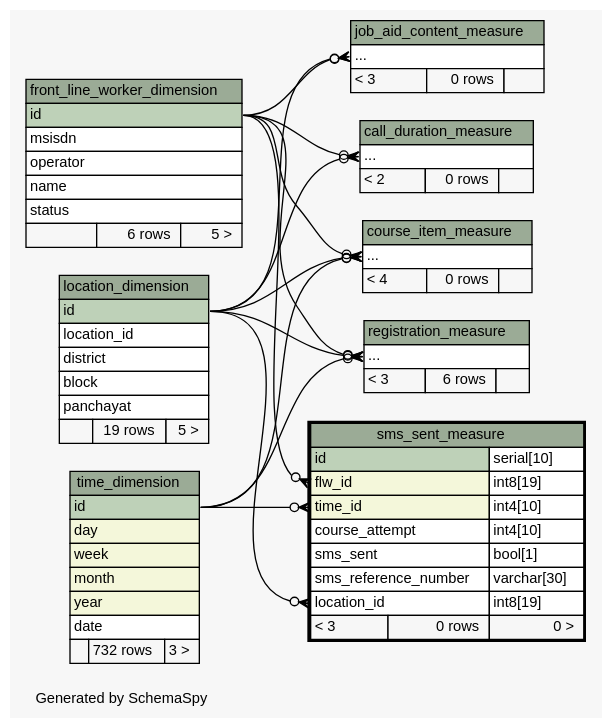
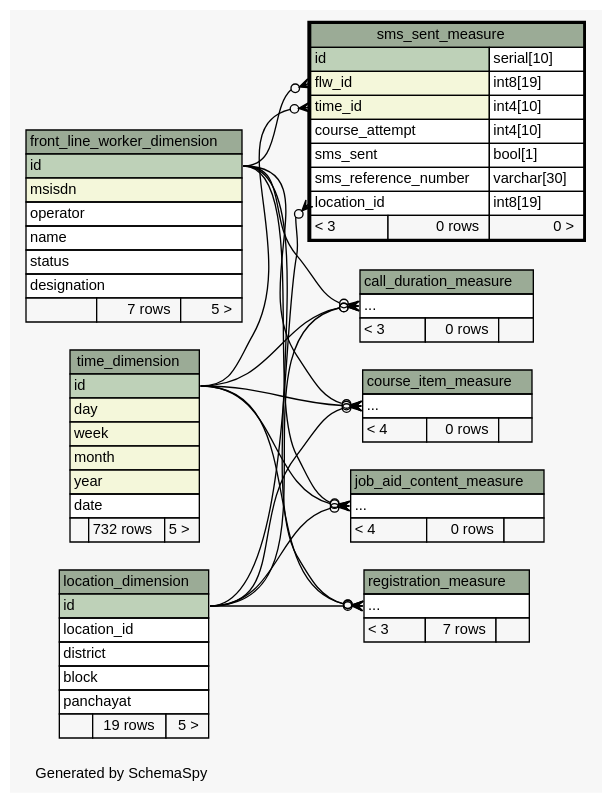
Before and after one commit to motech/ananya: the diagram in ananya-report/build/schemaspy-output/diagrams/sms_sent_measure.2degrees.dot, drawn with Graphviz. The commit also changed 73 other files, not shown here.

Commit message:
vijay|#00|updated schemaspy output

```diff
--- a/ananya-report/build/schemaspy-output/diagrams/sms_sent_measure.2degrees.dot
+++ b/ananya-report/build/schemaspy-output/diagrams/sms_sent_measure.2degrees.dot
@@ -1,134 +1,137 @@
-// dot 2.28.0 on Mac OS X 10.7.3
+// dot 2.26.3 on Linux 2.6.38-11-generic-pae
 // SchemaSpy rev 590
 digraph "twoDegreesRelationshipsDiagram" {
   graph [
     rankdir="RL"
     bgcolor="#f7f7f7"
     label="\nGenerated by SchemaSpy"
     labeljust="l"
     nodesep="0.18"
     ranksep="0.46"
     fontname="Helvetica"
     fontsize="11"
   ];
   node [
     fontname="Helvetica"
     fontsize="11"
     shape="plaintext"
   ];
   edge [
     arrowsize="0.8"
   ];
   "call_duration_measure":"elipses":w -> "front_line_worker_dimension":"id":e [arrowhead=none dir=back arrowtail=crowodot];
   "call_duration_measure":"elipses":w -> "location_dimension":"id":e [arrowhead=none dir=back arrowtail=crowodot];
+  "call_duration_measure":"elipses":w -> "time_dimension":"id":e [arrowhead=none dir=back arrowtail=crowodot];
   "course_item_measure":"elipses":w -> "front_line_worker_dimension":"id":e [arrowhead=none dir=back arrowtail=crowodot];
   "course_item_measure":"elipses":w -> "location_dimension":"id":e [arrowhead=none dir=back arrowtail=crowodot];
   "course_item_measure":"elipses":w -> "time_dimension":"id":e [arrowhead=none dir=back arrowtail=crowodot];
   "job_aid_content_measure":"elipses":w -> "front_line_worker_dimension":"id":e [arrowhead=none dir=back arrowtail=crowodot];
   "job_aid_content_measure":"elipses":w -> "location_dimension":"id":e [arrowhead=none dir=back arrowtail=crowodot];
+  "job_aid_content_measure":"elipses":w -> "time_dimension":"id":e [arrowhead=none dir=back arrowtail=crowodot];
   "registration_measure":"elipses":w -> "front_line_worker_dimension":"id":e [arrowhead=none dir=back arrowtail=crowodot];
   "registration_measure":"elipses":w -> "location_dimension":"id":e [arrowhead=none dir=back arrowtail=crowodot];
   "registration_measure":"elipses":w -> "time_dimension":"id":e [arrowhead=none dir=back arrowtail=crowodot];
   "sms_sent_measure":"flw_id":w -> "front_line_worker_dimension":"id":e [arrowhead=none dir=back arrowtail=crowodot];
   "sms_sent_measure":"location_id":w -> "location_dimension":"id":e [arrowhead=none dir=back arrowtail=crowodot];
   "sms_sent_measure":"time_id":w -> "time_dimension":"id":e [arrowhead=none dir=back arrowtail=crowodot];
   "call_duration_measure" [
     label=<
     <TABLE BORDER="0" CELLBORDER="1" CELLSPACING="0" BGCOLOR="#ffffff">
       <TR><TD COLSPAN="3" BGCOLOR="#9bab96" ALIGN="CENTER">call_duration_measure</TD></TR>
       <TR><TD PORT="elipses" COLSPAN="3" ALIGN="LEFT">...</TD></TR>
-      <TR><TD ALIGN="LEFT" BGCOLOR="#f7f7f7">&lt; 2</TD><TD ALIGN="RIGHT" BGCOLOR="#f7f7f7">0 rows</TD><TD ALIGN="RIGHT" BGCOLOR="#f7f7f7">  </TD></TR>
+      <TR><TD ALIGN="LEFT" BGCOLOR="#f7f7f7">&lt; 3</TD><TD ALIGN="RIGHT" BGCOLOR="#f7f7f7">0 rows</TD><TD ALIGN="RIGHT" BGCOLOR="#f7f7f7">  </TD></TR>
     </TABLE>>
     URL="call_duration_measure.html"
     tooltip="call_duration_measure"
   ];
   "course_item_measure" [
     label=<
     <TABLE BORDER="0" CELLBORDER="1" CELLSPACING="0" BGCOLOR="#ffffff">
       <TR><TD COLSPAN="3" BGCOLOR="#9bab96" ALIGN="CENTER">course_item_measure</TD></TR>
       <TR><TD PORT="elipses" COLSPAN="3" ALIGN="LEFT">...</TD></TR>
       <TR><TD ALIGN="LEFT" BGCOLOR="#f7f7f7">&lt; 4</TD><TD ALIGN="RIGHT" BGCOLOR="#f7f7f7">0 rows</TD><TD ALIGN="RIGHT" BGCOLOR="#f7f7f7">  </TD></TR>
     </TABLE>>
     URL="course_item_measure.html"
     tooltip="course_item_measure"
   ];
   "front_line_worker_dimension" [
     label=<
     <TABLE BORDER="0" CELLBORDER="1" CELLSPACING="0" BGCOLOR="#ffffff">
       <TR><TD COLSPAN="3" BGCOLOR="#9bab96" ALIGN="CENTER">front_line_worker_dimension</TD></TR>
       <TR><TD PORT="id" COLSPAN="3" BGCOLOR="#bed1b8" ALIGN="LEFT">id</TD></TR>
-      <TR><TD PORT="msisdn" COLSPAN="3" ALIGN="LEFT">msisdn</TD></TR>
+      <TR><TD PORT="msisdn" COLSPAN="3" BGCOLOR="#f4f7da" ALIGN="LEFT">msisdn</TD></TR>
       <TR><TD PORT="operator" COLSPAN="3" ALIGN="LEFT">operator</TD></TR>
       <TR><TD PORT="name" COLSPAN="3" ALIGN="LEFT">name</TD></TR>
       <TR><TD PORT="status" COLSPAN="3" ALIGN="LEFT">status</TD></TR>
-      <TR><TD ALIGN="LEFT" BGCOLOR="#f7f7f7">  </TD><TD ALIGN="RIGHT" BGCOLOR="#f7f7f7">6 rows</TD><TD ALIGN="RIGHT" BGCOLOR="#f7f7f7">5 &gt;</TD></TR>
+      <TR><TD PORT="designation" COLSPAN="3" ALIGN="LEFT">designation</TD></TR>
+      <TR><TD ALIGN="LEFT" BGCOLOR="#f7f7f7">  </TD><TD ALIGN="RIGHT" BGCOLOR="#f7f7f7">7 rows</TD><TD ALIGN="RIGHT" BGCOLOR="#f7f7f7">5 &gt;</TD></TR>
     </TABLE>>
     URL="front_line_worker_dimension.html"
     tooltip="front_line_worker_dimension"
   ];
   "job_aid_content_measure" [
     label=<
     <TABLE BORDER="0" CELLBORDER="1" CELLSPACING="0" BGCOLOR="#ffffff">
       <TR><TD COLSPAN="3" BGCOLOR="#9bab96" ALIGN="CENTER">job_aid_content_measure</TD></TR>
       <TR><TD PORT="elipses" COLSPAN="3" ALIGN="LEFT">...</TD></TR>
-      <TR><TD ALIGN="LEFT" BGCOLOR="#f7f7f7">&lt; 3</TD><TD ALIGN="RIGHT" BGCOLOR="#f7f7f7">0 rows</TD><TD ALIGN="RIGHT" BGCOLOR="#f7f7f7">  </TD></TR>
+      <TR><TD ALIGN="LEFT" BGCOLOR="#f7f7f7">&lt; 4</TD><TD ALIGN="RIGHT" BGCOLOR="#f7f7f7">0 rows</TD><TD ALIGN="RIGHT" BGCOLOR="#f7f7f7">  </TD></TR>
     </TABLE>>
     URL="job_aid_content_measure.html"
     tooltip="job_aid_content_measure"
   ];
   "location_dimension" [
     label=<
     <TABLE BORDER="0" CELLBORDER="1" CELLSPACING="0" BGCOLOR="#ffffff">
       <TR><TD COLSPAN="3" BGCOLOR="#9bab96" ALIGN="CENTER">location_dimension</TD></TR>
       <TR><TD PORT="id" COLSPAN="3" BGCOLOR="#bed1b8" ALIGN="LEFT">id</TD></TR>
       <TR><TD PORT="location_id" COLSPAN="3" ALIGN="LEFT">location_id</TD></TR>
       <TR><TD PORT="district" COLSPAN="3" ALIGN="LEFT">district</TD></TR>
       <TR><TD PORT="block" COLSPAN="3" ALIGN="LEFT">block</TD></TR>
       <TR><TD PORT="panchayat" COLSPAN="3" ALIGN="LEFT">panchayat</TD></TR>
       <TR><TD ALIGN="LEFT" BGCOLOR="#f7f7f7">  </TD><TD ALIGN="RIGHT" BGCOLOR="#f7f7f7">19 rows</TD><TD ALIGN="RIGHT" BGCOLOR="#f7f7f7">5 &gt;</TD></TR>
     </TABLE>>
     URL="location_dimension.html"
     tooltip="location_dimension"
   ];
   "registration_measure" [
     label=<
     <TABLE BORDER="0" CELLBORDER="1" CELLSPACING="0" BGCOLOR="#ffffff">
       <TR><TD COLSPAN="3" BGCOLOR="#9bab96" ALIGN="CENTER">registration_measure</TD></TR>
       <TR><TD PORT="elipses" COLSPAN="3" ALIGN="LEFT">...</TD></TR>
-      <TR><TD ALIGN="LEFT" BGCOLOR="#f7f7f7">&lt; 3</TD><TD ALIGN="RIGHT" BGCOLOR="#f7f7f7">6 rows</TD><TD ALIGN="RIGHT" BGCOLOR="#f7f7f7">  </TD></TR>
+      <TR><TD ALIGN="LEFT" BGCOLOR="#f7f7f7">&lt; 3</TD><TD ALIGN="RIGHT" BGCOLOR="#f7f7f7">7 rows</TD><TD ALIGN="RIGHT" BGCOLOR="#f7f7f7">  </TD></TR>
     </TABLE>>
     URL="registration_measure.html"
     tooltip="registration_measure"
   ];
   "sms_sent_measure" [
     label=<
     <TABLE BORDER="2" CELLBORDER="1" CELLSPACING="0" BGCOLOR="#ffffff">
       <TR><TD COLSPAN="3" BGCOLOR="#9bab96" ALIGN="CENTER">sms_sent_measure</TD></TR>
       <TR><TD PORT="id" COLSPAN="2" BGCOLOR="#bed1b8" ALIGN="LEFT">id</TD><TD PORT="id.type" ALIGN="LEFT">serial[10]</TD></TR>
       <TR><TD PORT="flw_id" COLSPAN="2" BGCOLOR="#f4f7da" ALIGN="LEFT">flw_id</TD><TD PORT="flw_id.type" ALIGN="LEFT">int8[19]</TD></TR>
       <TR><TD PORT="time_id" COLSPAN="2" BGCOLOR="#f4f7da" ALIGN="LEFT">time_id</TD><TD PORT="time_id.type" ALIGN="LEFT">int4[10]</TD></TR>
       <TR><TD PORT="course_attempt" COLSPAN="2" ALIGN="LEFT">course_attempt</TD><TD PORT="course_attempt.type" ALIGN="LEFT">int4[10]</TD></TR>
       <TR><TD PORT="sms_sent" COLSPAN="2" ALIGN="LEFT">sms_sent</TD><TD PORT="sms_sent.type" ALIGN="LEFT">bool[1]</TD></TR>
       <TR><TD PORT="sms_reference_number" COLSPAN="2" ALIGN="LEFT">sms_reference_number</TD><TD PORT="sms_reference_number.type" ALIGN="LEFT">varchar[30]</TD></TR>
       <TR><TD PORT="location_id" COLSPAN="2" ALIGN="LEFT">location_id</TD><TD PORT="location_id.type" ALIGN="LEFT">int8[19]</TD></TR>
       <TR><TD ALIGN="LEFT" BGCOLOR="#f7f7f7">&lt; 3</TD><TD ALIGN="RIGHT" BGCOLOR="#f7f7f7">0 rows</TD><TD ALIGN="RIGHT" BGCOLOR="#f7f7f7">0 &gt;</TD></TR>
     </TABLE>>
     URL="sms_sent_measure.html"
     tooltip="sms_sent_measure"
   ];
   "time_dimension" [
     label=<
     <TABLE BORDER="0" CELLBORDER="1" CELLSPACING="0" BGCOLOR="#ffffff">
       <TR><TD COLSPAN="3" BGCOLOR="#9bab96" ALIGN="CENTER">time_dimension</TD></TR>
       <TR><TD PORT="id" COLSPAN="3" BGCOLOR="#bed1b8" ALIGN="LEFT">id</TD></TR>
       <TR><TD PORT="day" COLSPAN="3" BGCOLOR="#f4f7da" ALIGN="LEFT">day</TD></TR>
       <TR><TD PORT="week" COLSPAN="3" BGCOLOR="#f4f7da" ALIGN="LEFT">week</TD></TR>
       <TR><TD PORT="month" COLSPAN="3" BGCOLOR="#f4f7da" ALIGN="LEFT">month</TD></TR>
       <TR><TD PORT="year" COLSPAN="3" BGCOLOR="#f4f7da" ALIGN="LEFT">year</TD></TR>
       <TR><TD PORT="date" COLSPAN="3" ALIGN="LEFT">date</TD></TR>
-      <TR><TD ALIGN="LEFT" BGCOLOR="#f7f7f7">  </TD><TD ALIGN="RIGHT" BGCOLOR="#f7f7f7">732 rows</TD><TD ALIGN="RIGHT" BGCOLOR="#f7f7f7">3 &gt;</TD></TR>
+      <TR><TD ALIGN="LEFT" BGCOLOR="#f7f7f7">  </TD><TD ALIGN="RIGHT" BGCOLOR="#f7f7f7">732 rows</TD><TD ALIGN="RIGHT" BGCOLOR="#f7f7f7">5 &gt;</TD></TR>
     </TABLE>>
     URL="time_dimension.html"
     tooltip="time_dimension"
   ];
 }
```
